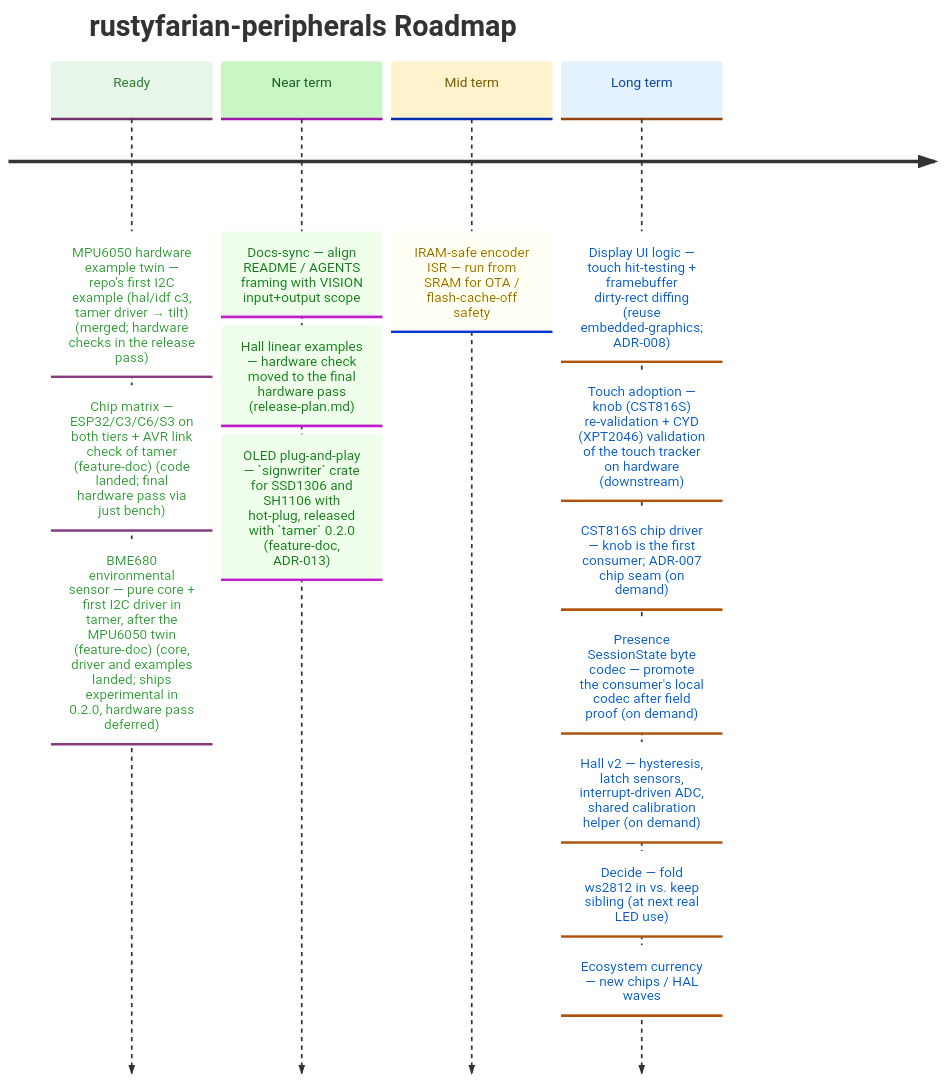
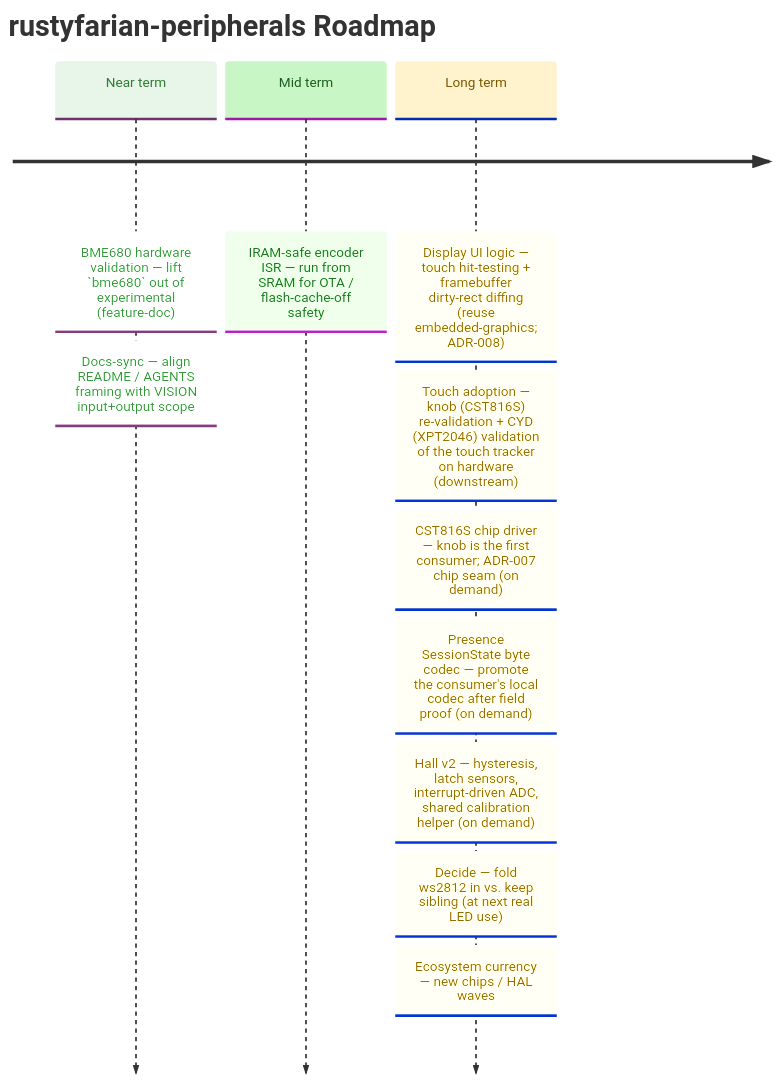
One commit to datenkollektiv/rustyfarian-peripherals changed the diagram in docs/ROADMAP.md. Above: the diagram before and after it, drawn with Mermaid. The commit also changed other lines of this file and 30 other files, not shown here.

````diff
--- a/docs/ROADMAP.md
+++ b/docs/ROADMAP.md
@@ -10,36 +10,31 @@
 ```mermaid
 %%{init: {
   "theme": "base",
   "themeVariables": {
     "cScale0": "#e8f5e9",
     "cScaleLabel0": "#2e7d32",
     "cScale1": "#c8f7c5",
     "cScaleLabel1": "#1b5e20",
     "cScale2": "#fff3cd",
     "cScaleLabel2": "#7a5a00",
     "cScale3": "#e3f2fd",
     "cScaleLabel3": "#0d47a1"
   }
 }}%%
 
 timeline
     title rustyfarian-peripherals Roadmap
 
-    Ready     : MPU6050 hardware example twin — repo's first I2C example (hal/idf c3, tamer driver → tilt) (merged; hardware checks in the release pass)
-              : Chip matrix — ESP32/C3/C6/S3 on both tiers + AVR link check of tamer (feature-doc) (code landed; final hardware pass via just bench)
-              : BME680 environmental sensor — pure core + first I2C driver in tamer, after the MPU6050 twin (feature-doc) (core, driver and examples landed; ships experimental in 0.2.0, hardware pass deferred)
-
-    Near term : Docs-sync — align README / AGENTS framing with VISION input+output scope
-              : Hall linear examples — hardware check moved to the final hardware pass (release-plan.md)
-              : OLED plug-and-play — `signwriter` crate for SSD1306 and SH1106 with hot-plug, released with `tamer` 0.2.0 (feature-doc, ADR-013)
+    Near term : BME680 hardware validation — lift `bme680` out of experimental (feature-doc)
+              : Docs-sync — align README / AGENTS framing with VISION input+output scope
 
     Mid term  : IRAM-safe encoder ISR — run from SRAM for OTA / flash-cache-off safety
 
     Long term : Display UI logic — touch hit-testing + framebuffer dirty-rect diffing (reuse embedded-graphics; ADR-008)
               : Touch adoption — knob (CST816S) re-validation + CYD (XPT2046) validation of the touch tracker on hardware (downstream)
               : CST816S chip driver — knob is the first consumer; ADR-007 chip seam (on demand)
               : Presence SessionState byte codec — promote the consumer's local codec after field proof (on demand)
               : Hall v2 — hysteresis, latch sensors, interrupt-driven ADC, shared calibration helper (on demand)
               : Decide — fold ws2812 in vs. keep sibling (at next real LED use)
               : Ecosystem currency — new chips / HAL waves
 ```
````
